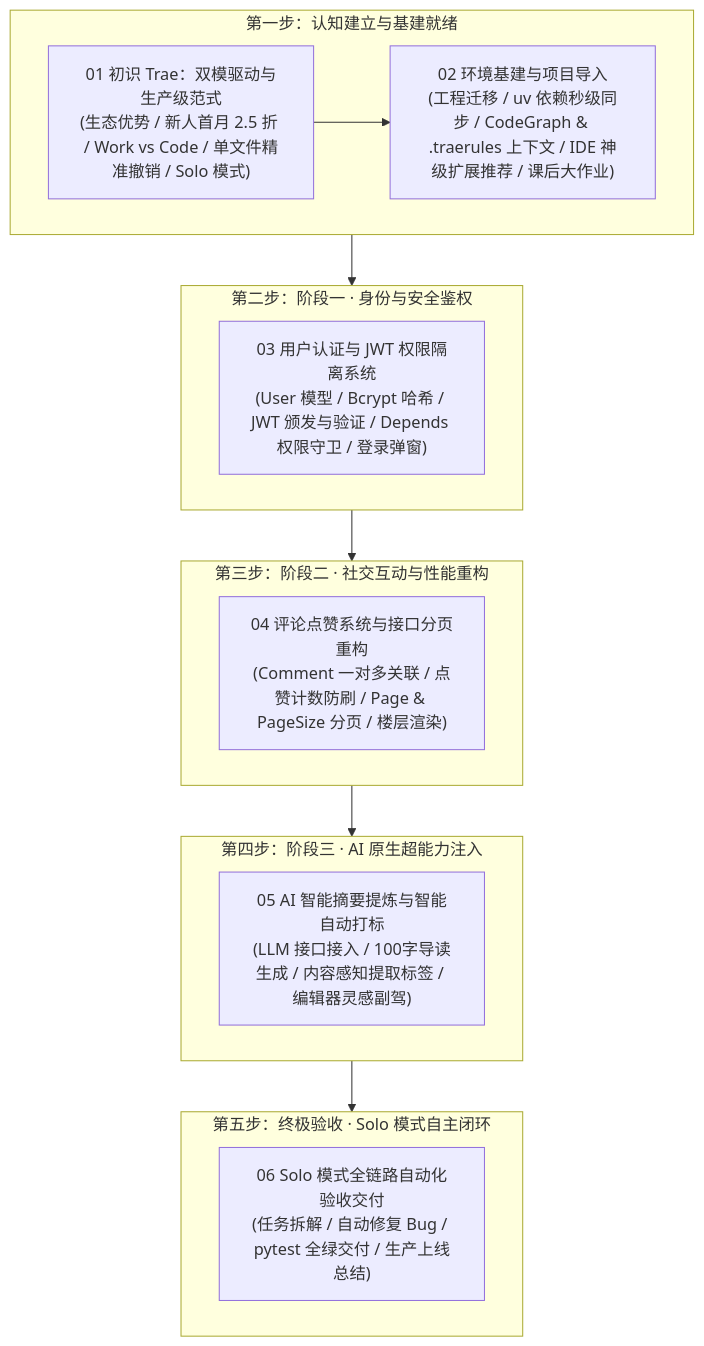
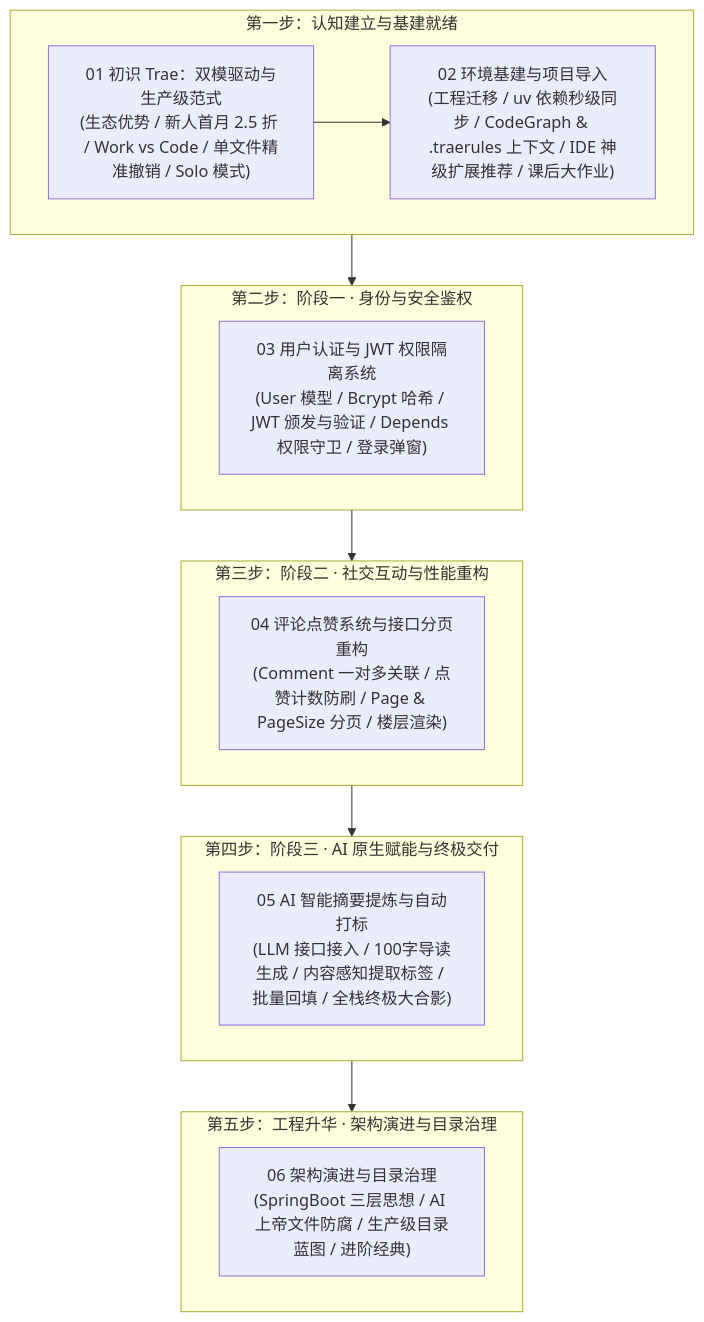
One commit to buffer121328/vibe-coding-and-agents changed the diagram in 06_Trae实战/README.md. Above: the diagram before and after it, drawn with Mermaid. The commit also changed other lines of this file and 98 other files, not shown here.

````diff
--- a/06_Trae实战/README.md
+++ b/06_Trae实战/README.md
@@ -29,29 +29,29 @@
 ```mermaid
 graph TD
     subgraph Step1 ["第一步：认知建立与基建就绪"]
         A1["01 初识 Trae：双模驱动与生产级范式<br/>(生态优势 / 新人首月 2.5 折 / Work vs Code / 单文件精准撤销 / Solo 模式)"]
         A2["02 环境基建与项目导入<br/>(工程迁移 / uv 依赖秒级同步 / CodeGraph & .traerules 上下文 / IDE 神级扩展推荐 / 课后大作业)"]
         A1 --> A2
     end
 
     subgraph Step2 ["第二步：阶段一 · 身份与安全鉴权"]
         B1["03 用户认证与 JWT 权限隔离系统<br/>(User 模型 / Bcrypt 哈希 / JWT 颁发与验证 / Depends 权限守卫 / 登录弹窗)"]
     end
 
     subgraph Step3 ["第三步：阶段二 · 社交互动与性能重构"]
         C1["04 评论点赞系统与接口分页重构<br/>(Comment 一对多关联 / 点赞计数防刷 / Page & PageSize 分页 / 楼层渲染)"]
     end
 
-    subgraph Step4 ["第四步：阶段三 · AI 原生超能力注入"]
-        D1["05 AI 智能摘要提炼与智能自动打标<br/>(LLM 接口接入 / 100字导读生成 / 内容感知提取标签 / 编辑器灵感副驾)"]
+    subgraph Step4 ["第四步：阶段三 · AI 原生赋能与终极交付"]
+        D1["05 AI 智能摘要提炼与自动打标<br/>(LLM 接口接入 / 100字导读生成 / 内容感知提取标签 / 批量回填 / 全栈终极大合影)"]
     end
 
-    subgraph Step5 ["第五步：终极验收 · Solo 模式自主闭环"]
-        E1["06 Solo 模式全链路自动化验收交付<br/>(任务拆解 / 自动修复 Bug / pytest 全绿交付 / 生产上线总结)"]
+    subgraph Step5 ["第五步：工程升华 · 架构演进与目录治理"]
+        E1["06 架构演进与目录治理<br/>(SpringBoot 三层思想 / AI 上帝文件防腐 / 生产级目录蓝图 / 进阶经典)"]
     end
 
     Step1 --> Step2
     Step2 --> Step3
     Step3 --> Step4
     Step4 --> Step5
 ```
````
